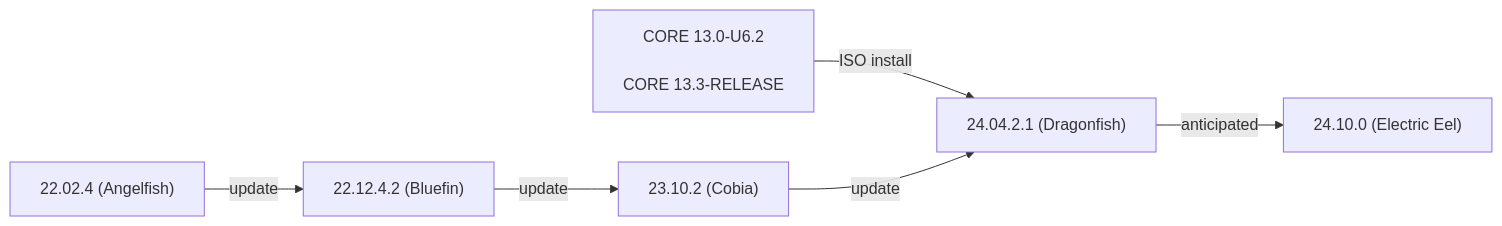
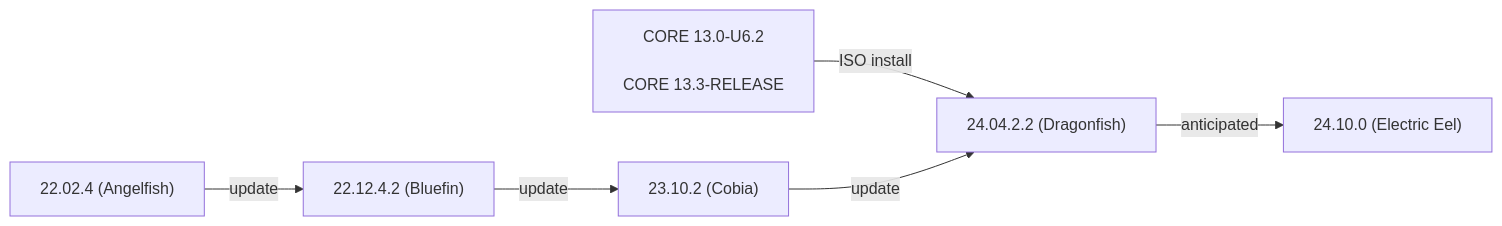
The first of 2 diagrams in static/includes/SCALEUpgradePaths.md (truenas/documentation), drawn with Mermaid before and after one commit. The commit also changed other lines of this file and 2 other files, not shown here.

Commit message:
Port 24.04.2.2 schedule updates to master

```diff
--- a/static/includes/SCALEUpgradePaths.md
+++ b/static/includes/SCALEUpgradePaths.md
@@ -49,9 +49,9 @@
           {{< mermaid class="mermaid_sizing" >}}
           flowchart LR
             A["22.02.4 (Angelfish)"] -->|update| C
             B["CORE 13.0-U6.2<br><br>CORE 13.3-RELEASE"] -->|ISO install| E
             C["22.12.4.2 (Bluefin)"] -->|update| D
             D["23.10.2 (Cobia)"] -->|update| E
-            E["24.04.2.1 (Dragonfish)"] -->|anticipated| H
+            E["24.04.2.2 (Dragonfish)"] -->|anticipated| H
             H["24.10.0 (Electric Eel)"]
           {{< /mermaid >}}
```
